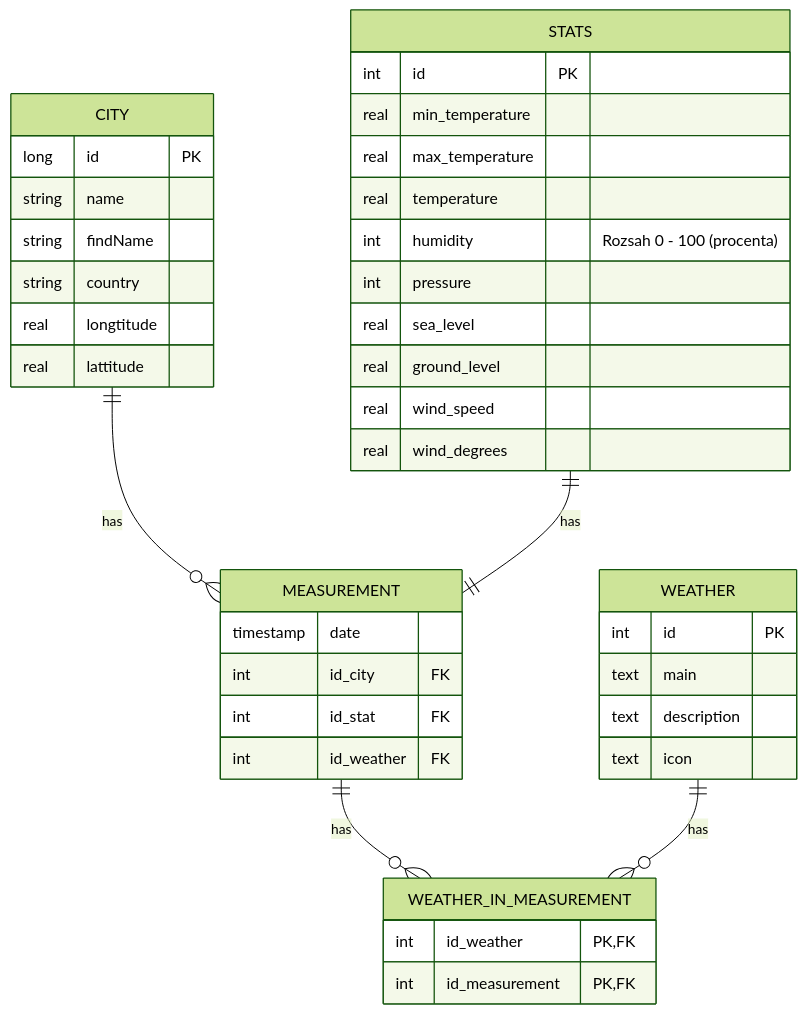
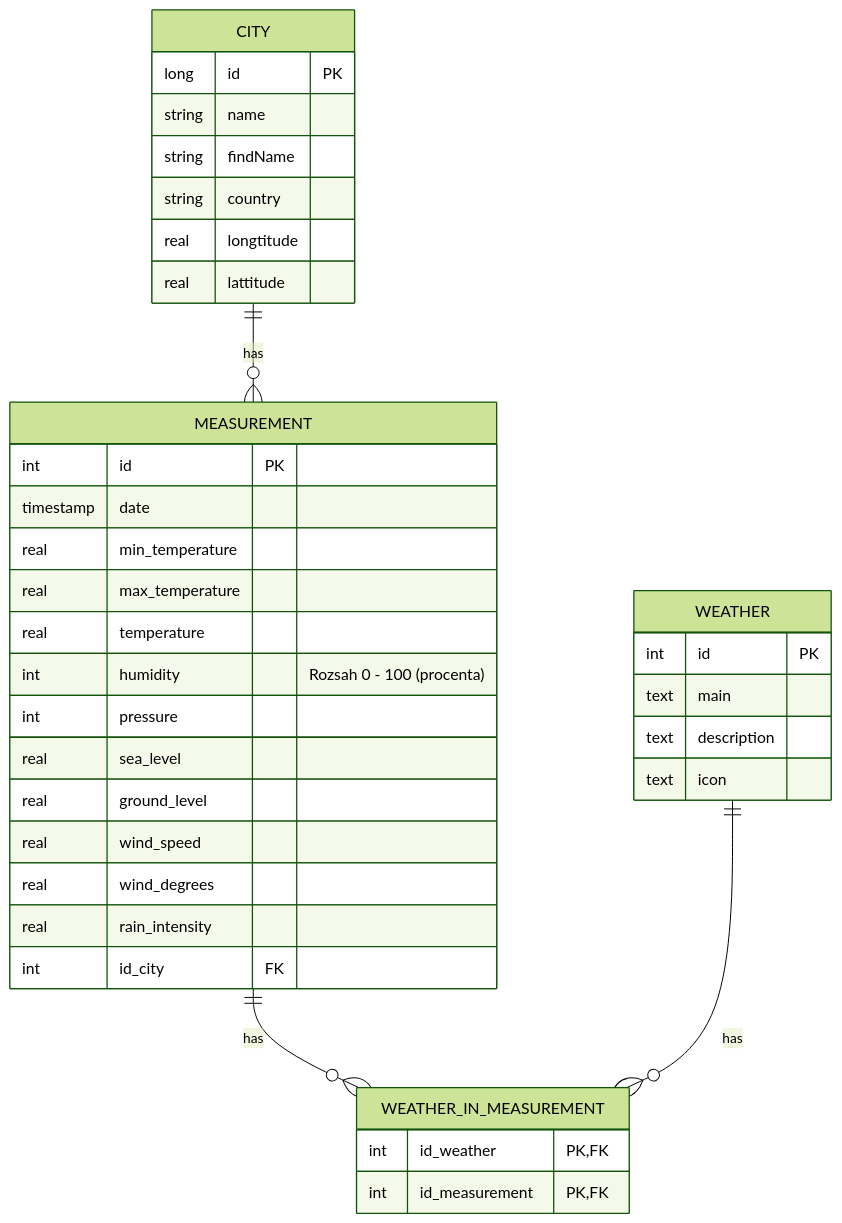
The diagram in README.md (Pain-Software/painstorm), drawn with Mermaid (forest theme) before and after one commit.

Commit message:
Changed DB schema

````diff
--- a/README.md
+++ b/README.md
@@ -34,48 +34,43 @@
 ```mermaid
 erDiagram
     CITY {
         long id PK
         string name
         string findName
         string country
         real longtitude
         real lattitude
     }
 
     MEASUREMENT {
+        int id PK
         timestamp date
-        int id_city FK
-        int id_stat FK
-        int id_weather FK
-    }
-
-    STATS {
-        int id PK
         real min_temperature
         real max_temperature
         real temperature
         int humidity    "Rozsah 0 - 100 (procenta)"
         int pressure
         real sea_level
         real ground_level
         real wind_speed
         real wind_degrees
+        real rain_intensity
+        int id_city FK
     }
 
     WEATHER {
         int id PK
         text main
         text description
         text icon 
     }
 
     WEATHER_IN_MEASUREMENT {
         int id_weather PK, FK
         int id_measurement PK, FK
     }
 
     CITY only one to many MEASUREMENT: has
-    STATS only one to one MEASUREMENT: has
     MEASUREMENT one to many WEATHER_IN_MEASUREMENT: has
     WEATHER one to many WEATHER_IN_MEASUREMENT: has
 ```
````
